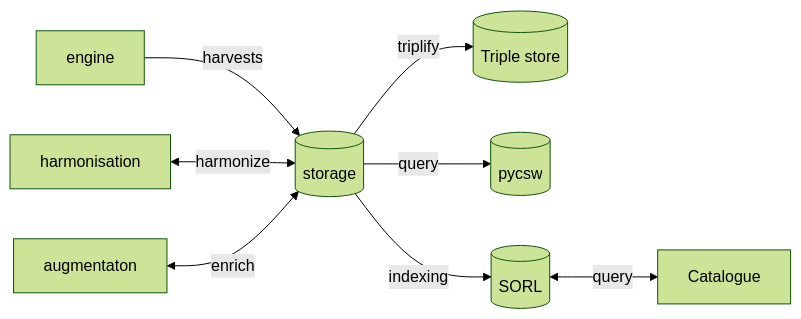
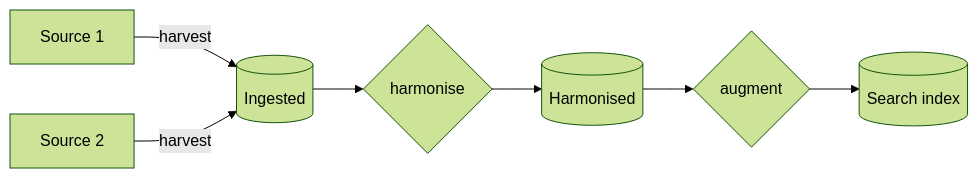
Before and after one commit to soilwise-he/harvesters: the diagram in README.md, drawn with Mermaid (forest theme).

Commit message:
Update README.md with new diagram and content

````diff
--- a/README.md
+++ b/README.md
@@ -9,10 +9,9 @@
 ``` mermaid
 flowchart LR
-    hc[engine] -->|harvests| db[(temporary storage)]
-    mh[harmonisation] <-->|harmonize| db[(storage)]
-    ma[augmentaton]<-->|enrich| db
-    db -->|triplify| TS[(Triple store)]
-    db -->|query| py[(pycsw)]
-    db -->|indexing| SOLR[(SORL)]
-    SOLR <-->|query|CT[Catalogue] 
+    S1[Source 1] -->|harvest| h[(Ingested)]
+    S2[Source 2] -->|harvest| h[(Ingested)]
+    h --> HM{harmonise}
+    HM --> h2[(Harmonised)]
+    h2 --> AU{augment}
+    AU --> h3[(Search index)]
 ```
````
